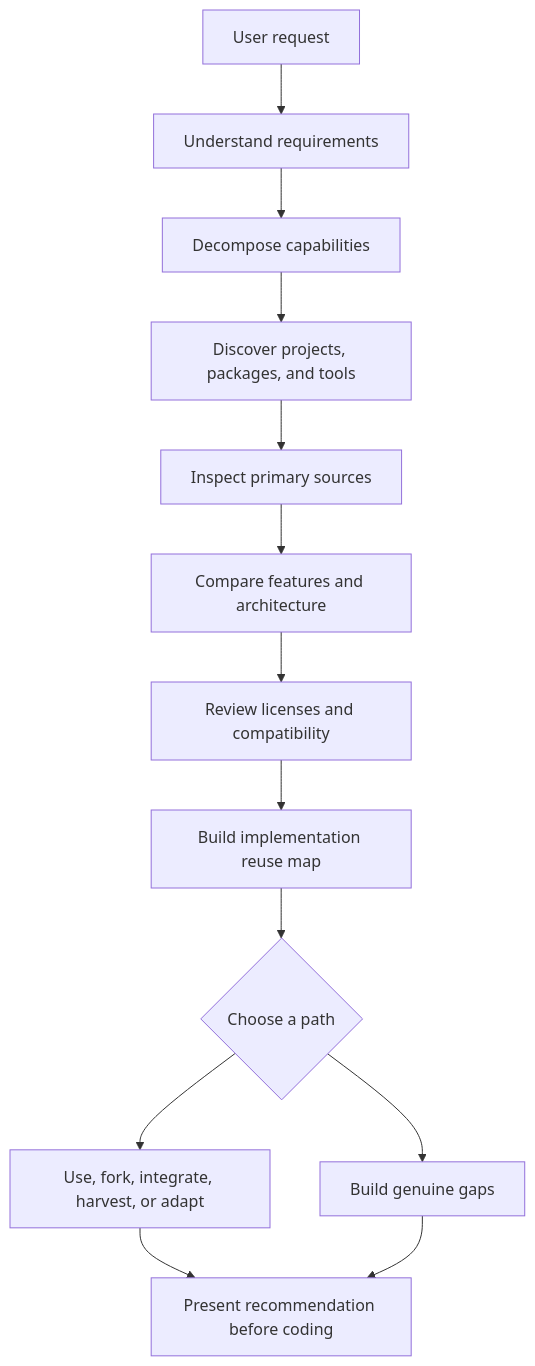
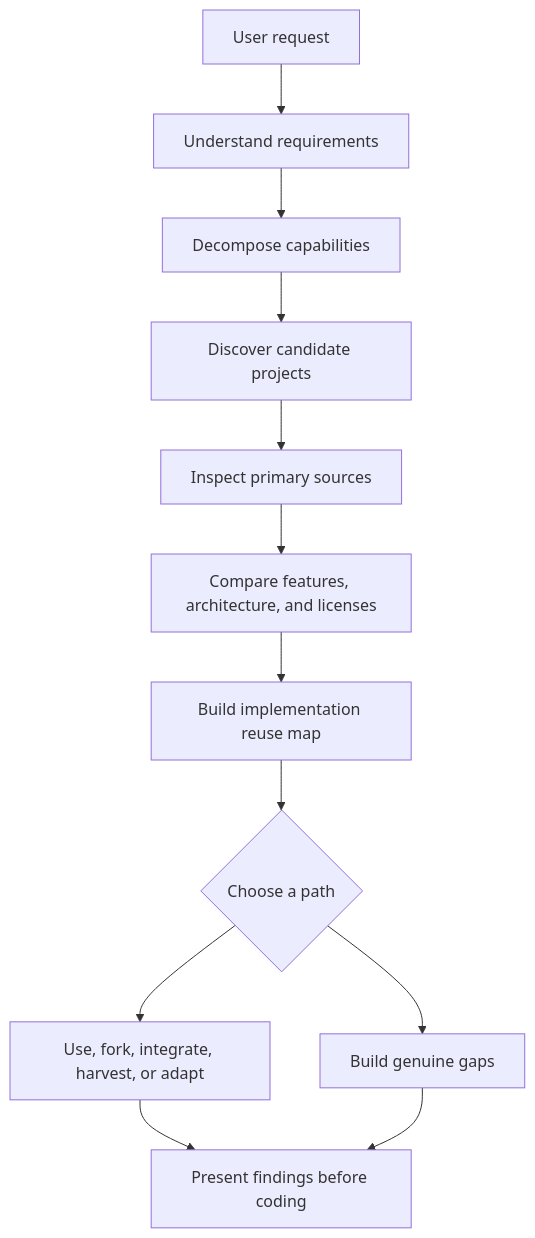
The diagram in README.md (goravgumber/reuse-atlas), drawn with Mermaid before and after one commit. The commit also changed other lines of this file and 5 other files, not shown here.

````diff
--- a/README.md
+++ b/README.md
@@ -36,15 +34,14 @@
 ```mermaid
 flowchart TD
     A[User request] --> B[Understand requirements]
     B --> C[Decompose capabilities]
-    C --> D[Discover projects, packages, and tools]
+    C --> D[Discover candidate projects]
     D --> E[Inspect primary sources]
-    E --> F[Compare features and architecture]
-    F --> G[Review licenses and compatibility]
-    G --> H[Build implementation reuse map]
-    H --> I{Choose a path}
-    I --> J[Use, fork, integrate, harvest, or adapt]
-    I --> K[Build genuine gaps]
-    J --> L[Present recommendation before coding]
-    K --> L
+    E --> F[Compare features, architecture, and licenses]
+    F --> G[Build implementation reuse map]
+    G --> H{Choose a path}
+    H --> I[Use, fork, integrate, harvest, or adapt]
+    H --> J[Build genuine gaps]
+    I --> K[Present findings before coding]
+    J --> K
 ```
````
